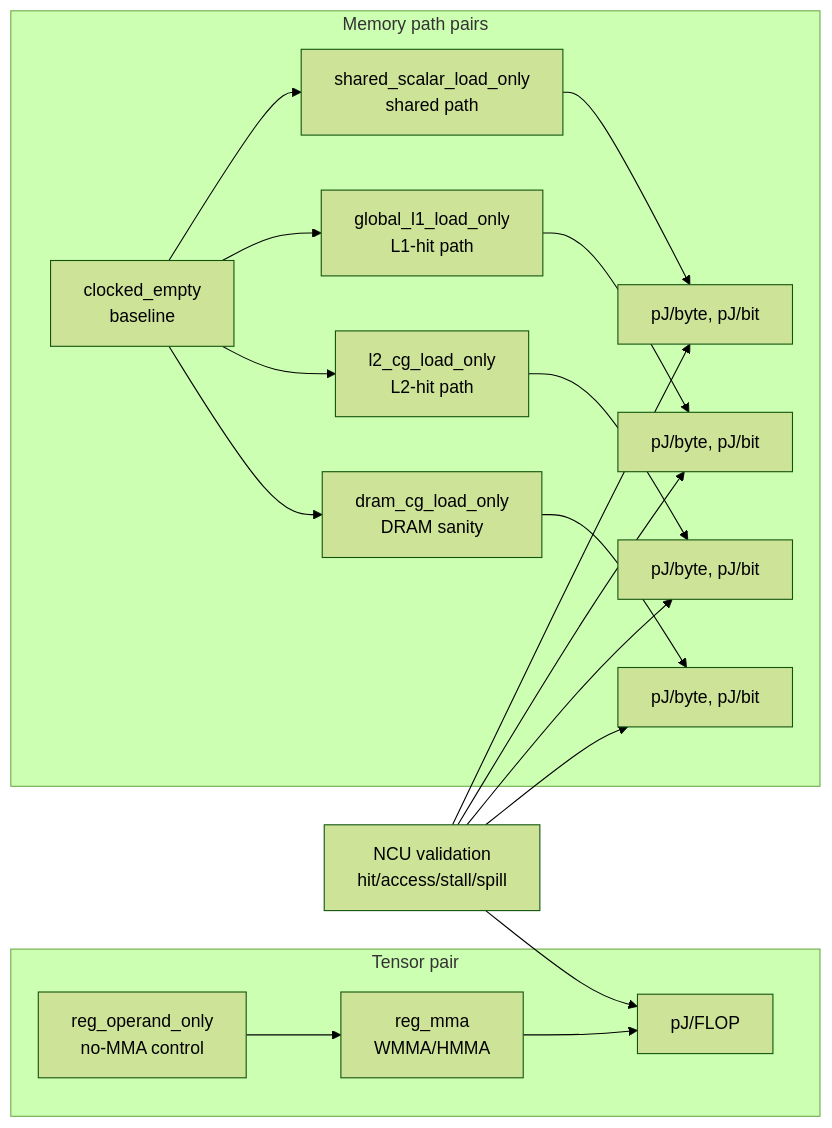
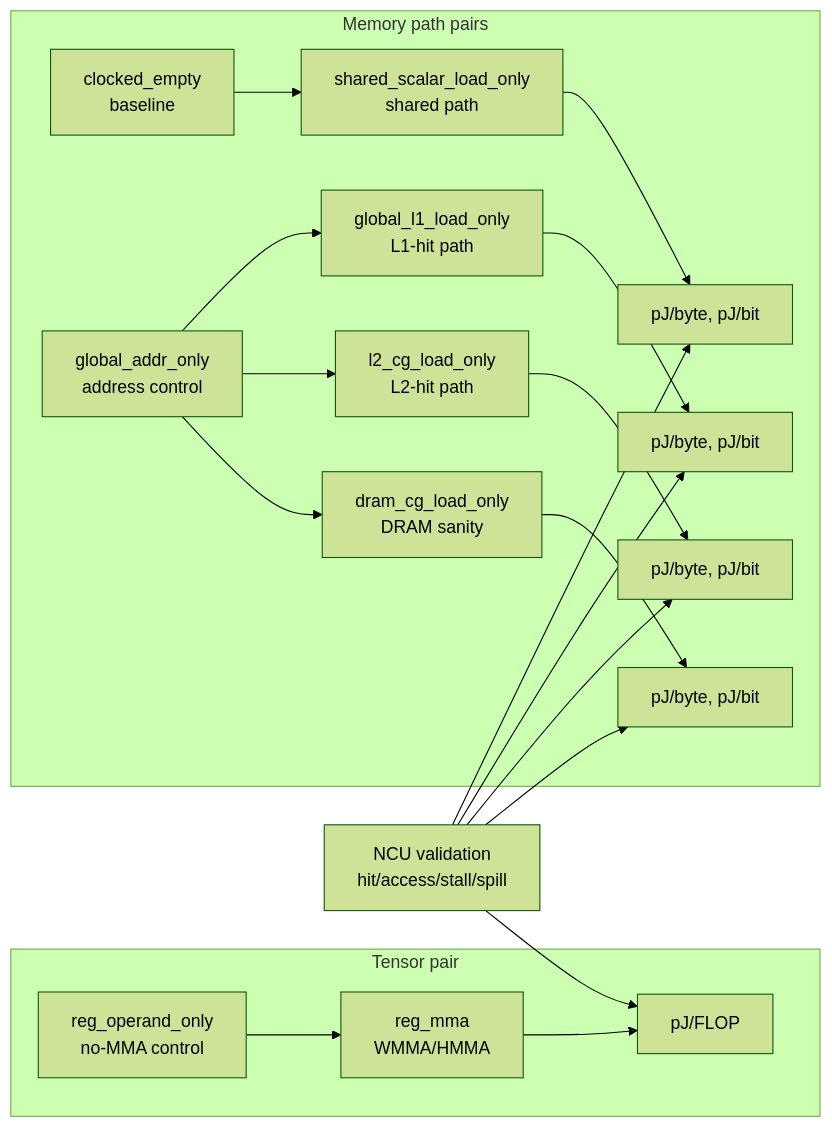
One commit to bang001/gpupower0701 changed the second of 2 diagrams in docs/methodology/howitworks.md. Above: the diagram before and after it, drawn with Mermaid (forest theme). The commit also changed other lines of this file and 95 other files, not shown here.

````diff
--- a/docs/methodology/howitworks.md
+++ b/docs/methodology/howitworks.md
@@ -847,25 +847,26 @@
 ```mermaid
 flowchart LR
   subgraph TensorPair[Tensor pair]
     RO[reg_operand_only<br/>no-MMA control] --> RM[reg_mma<br/>WMMA/HMMA]
     RM --> TF[pJ/FLOP]
   end
 
   subgraph MemoryPairs[Memory path pairs]
     CE[clocked_empty<br/>baseline]
+    GA[global_addr_only<br/>address control]
     CE --> SH[shared_scalar_load_only<br/>shared path]
-    CE --> L1[global_l1_load_only<br/>L1-hit path]
-    CE --> L2[l2_cg_load_only<br/>L2-hit path]
-    CE --> DR[dram_cg_load_only<br/>DRAM sanity]
+    GA --> L1[global_l1_load_only<br/>L1-hit path]
+    GA --> L2[l2_cg_load_only<br/>L2-hit path]
+    GA --> DR[dram_cg_load_only<br/>DRAM sanity]
     SH --> SB[pJ/byte, pJ/bit]
     L1 --> L1B[pJ/byte, pJ/bit]
     L2 --> L2B[pJ/byte, pJ/bit]
     DR --> DB[pJ/byte, pJ/bit]
   end
 
   NCU[NCU validation<br/>hit/access/stall/spill] --> TF
   NCU --> SB
   NCU --> L1B
   NCU --> L2B
   NCU --> DB
 ```
````
